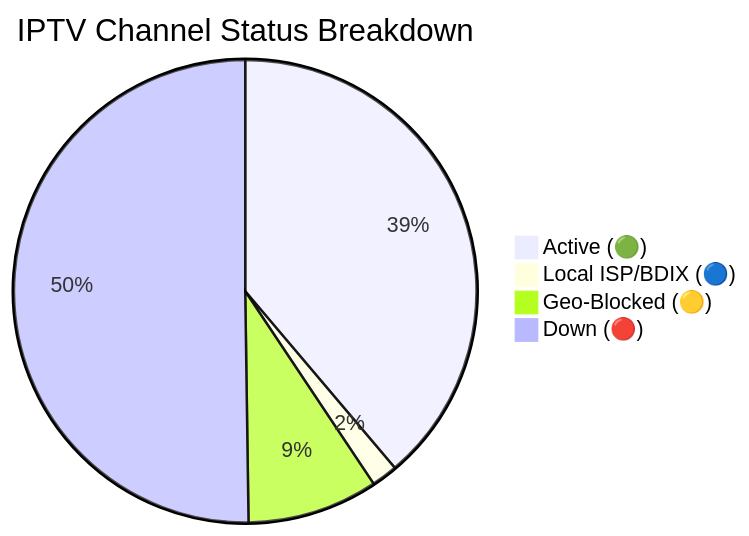
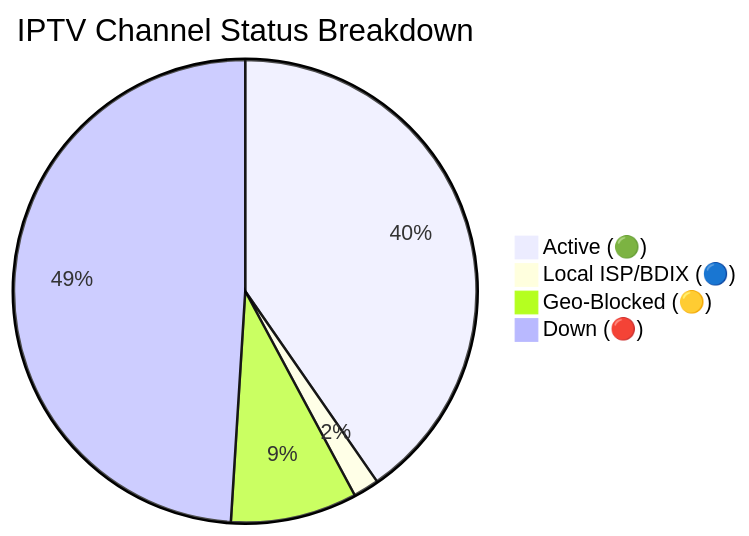
The diagram in README.md (andreataylord/Ip-tv-Collection), drawn with Mermaid before and after one commit. The commit also changed other lines of this file and 2 other files, not shown here.

````diff
--- a/README.md
+++ b/README.md
@@ -59,7 +59,7 @@
 ```mermaid
 pie title IPTV Channel Status Breakdown
-    "Active (🟢)" : 2720
+    "Active (🟢)" : 2865
     "Local ISP/BDIX (🔵)" : 128
-    "Geo-Blocked (🟡)" : 640
-    "Down (🔴)" : 3520
+    "Geo-Blocked (🟡)" : 627
+    "Down (🔴)" : 3479
 ```
````
